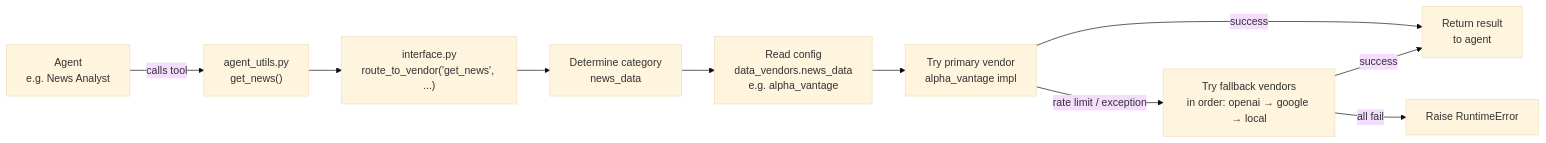
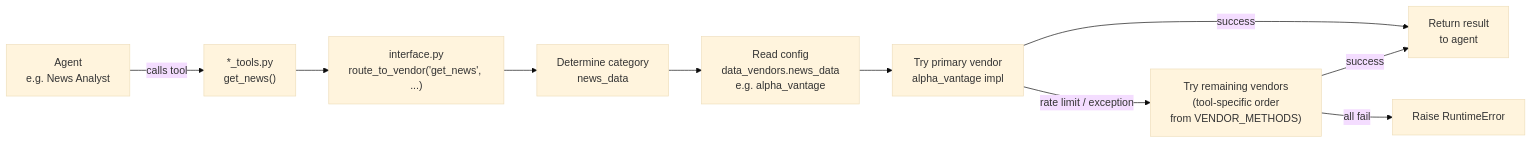
The second of 2 diagrams in docs/architecture.md (ydtan123/TradingAgents), drawn with Mermaid (base theme) before and after one commit. The commit also changed other lines of this file, not shown here.

Commit message:
docs: fix architecture.md section 3 accuracy — tool file references and fallback behavior

````diff
--- a/docs/architecture.md
+++ b/docs/architecture.md
@@ -197,12 +197,12 @@
 ```mermaid
 graph LR
-    AGENT["Agent\ne.g. News Analyst"] -->|"calls tool"| AU["agent_utils.py\nget_news()"]
+    AGENT["Agent\ne.g. News Analyst"] -->|"calls tool"| AU["*_tools.py\nget_news()"]
     AU --> IF["interface.py\nroute_to_vendor('get_news', ...)"]
     IF --> CAT["Determine category\nnews_data"]
     CAT --> VCFG["Read config\ndata_vendors.news_data\ne.g. alpha_vantage"]
     VCFG --> PV["Try primary vendor\nalpha_vantage impl"]
     PV -->|success| RES["Return result\nto agent"]
-    PV -->|"rate limit / exception"| FB["Try fallback vendors\nin order: openai → google → local"]
+    PV -->|"rate limit / exception"| FB["Try remaining vendors\n(tool-specific order\nfrom VENDOR_METHODS)"]
     FB -->|success| RES
     FB -->|all fail| ERR["Raise RuntimeError"]
 ```
````
